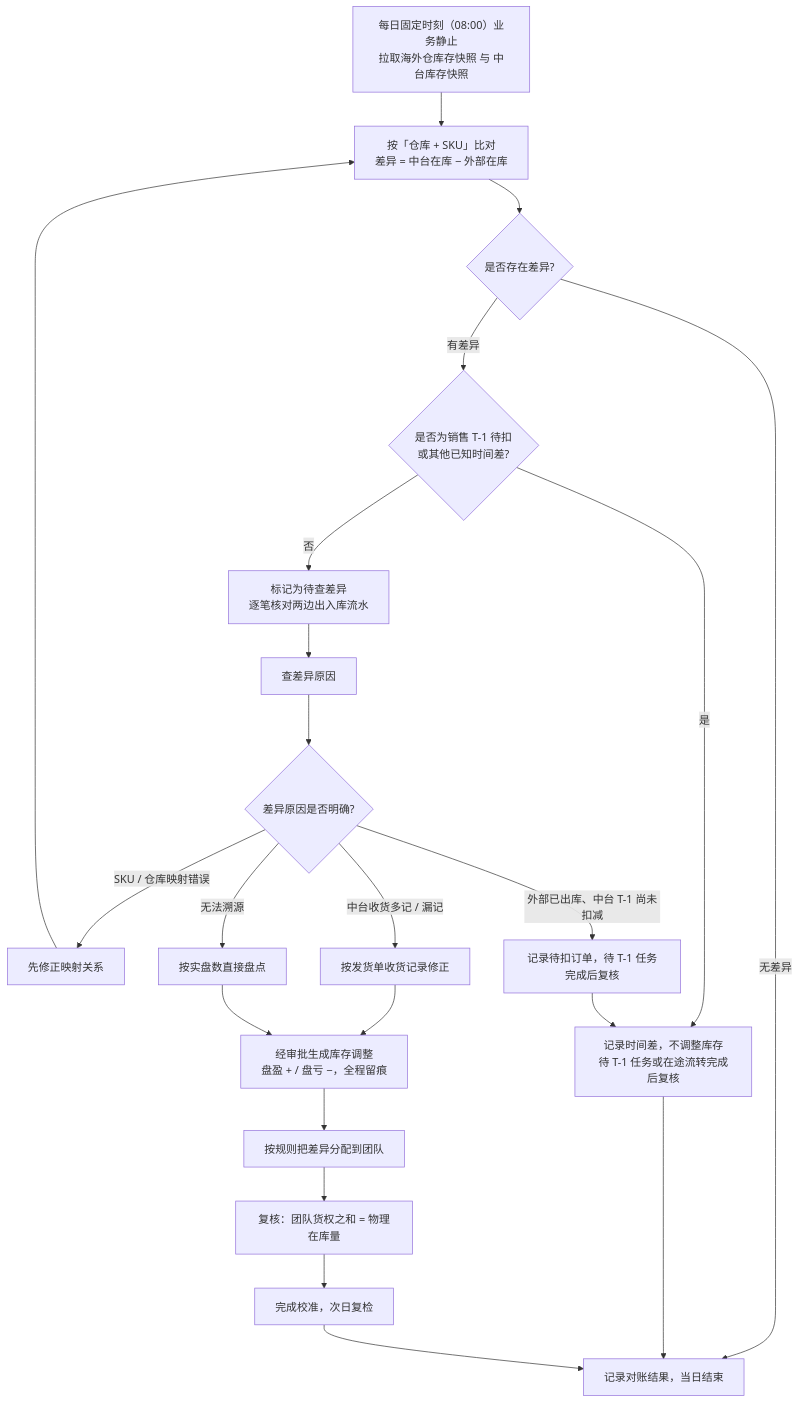
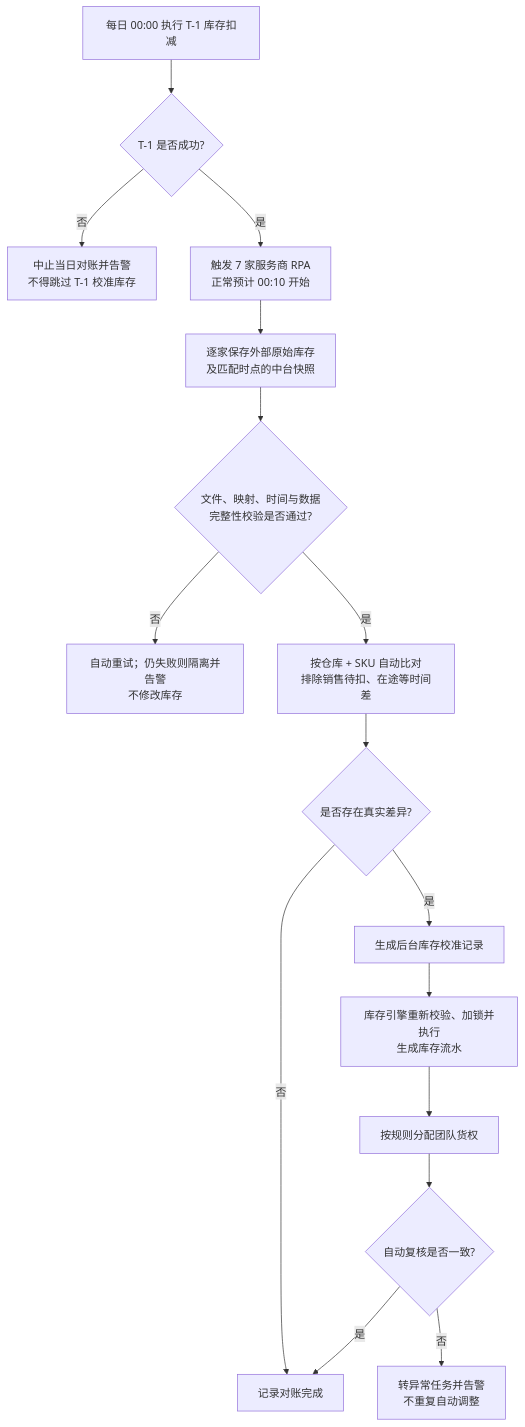
One commit to heiquanrenheiquanren-lab/Middle-Platform-Pages changed the first of 2 diagrams in docs/库存对账与校准方案.md. Above: the diagram before and after it, drawn with Mermaid. The commit also changed other lines of this file and 42 other files, not shown here.

````diff
--- a/docs/库存对账与校准方案.md
+++ b/docs/库存对账与校准方案.md
@@ -154,24 +176,18 @@
 ```mermaid
 flowchart TD
-    A["每日固定时刻（08:00）业务静止<br/>拉取海外仓库存快照 与 中台库存快照"] --> B["按「仓库 + SKU」比对<br/>差异 = 中台在库 − 外部在库"]
-    B --> C{"是否存在差异?"}
-    C -- "无差异" --> D["记录对账结果，当日结束"]
-    C -- "有差异" --> E{"是否为销售 T-1 待扣<br/>或其他已知时间差?"}
-    E -- "是" --> F["记录时间差，不调整库存<br/>待 T-1 任务或在途流转完成后复核"]
-    E -- "否" --> G["标记为待查差异<br/>逐笔核对两边出入库流水"]
-    G --> H["查差异原因"]
-    H --> I{"差异原因是否明确?"}
-    I -- "SKU / 仓库映射错误" --> J["先修正映射关系"]
-    J --> B
-    I -- "中台收货多记 / 漏记" --> K["按发货单收货记录修正"]
-    I -- "外部已出库、中台 T-1 尚未扣减" --> L["记录待扣订单，待 T-1 任务完成后复核"]
-    I -- "无法溯源" --> M["按实盘数直接盘点"]
-    K --> N["经审批生成库存调整<br/>盘盈 + / 盘亏 −，全程留痕"]
-    M --> N
-    L --> F
-    N --> O["按规则把差异分配到团队"]
-    O --> P["复核：团队货权之和 = 物理在库量"]
-    P --> Q["完成校准，次日复检"]
-    F --> D
-    Q --> D
+    A["每日 00:00 执行 T-1 库存扣减"] --> B{"T-1 是否成功?"}
+    B -- "否" --> C["中止当日对账并告警<br/>不得跳过 T-1 校准库存"]
+    B -- "是" --> D["触发 7 家服务商 RPA<br/>正常预计 00:10 开始"]
+    D --> E["逐家保存外部原始库存<br/>及匹配时点的中台快照"]
+    E --> F{"文件、映射、时间与数据<br/>完整性校验是否通过?"}
+    F -- "否" --> G["自动重试；仍失败则隔离并告警<br/>不修改库存"]
+    F -- "是" --> H["按仓库 + SKU 自动比对<br/>排除销售待扣、在途等时间差"]
+    H --> I{"是否存在真实差异?"}
+    I -- "否" --> J["记录对账完成"]
+    I -- "是" --> K["生成后台库存校准记录"]
+    K --> L["库存引擎重新校验、加锁并执行<br/>生成库存流水"]
+    L --> M["按规则分配团队货权"]
+    M --> N{"自动复核是否一致?"}
+    N -- "是" --> J
+    N -- "否" --> O["转异常任务并告警<br/>不重复自动调整"]
 ```
````
